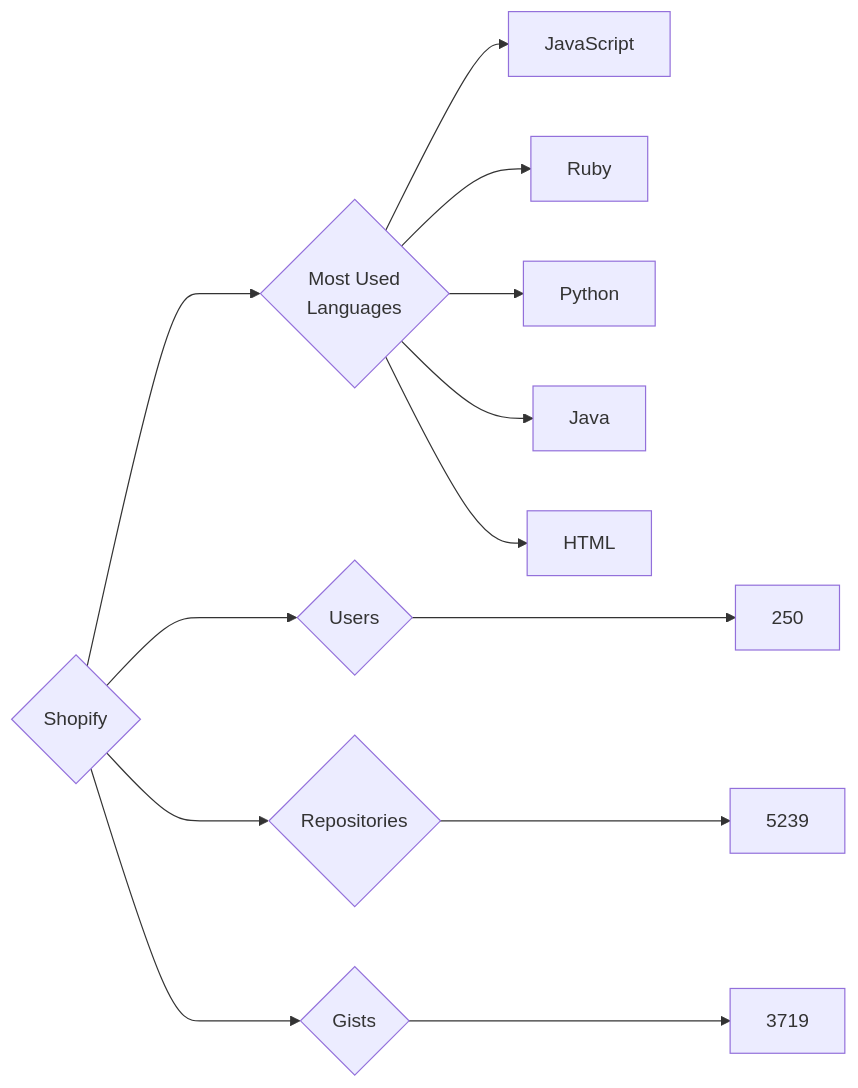
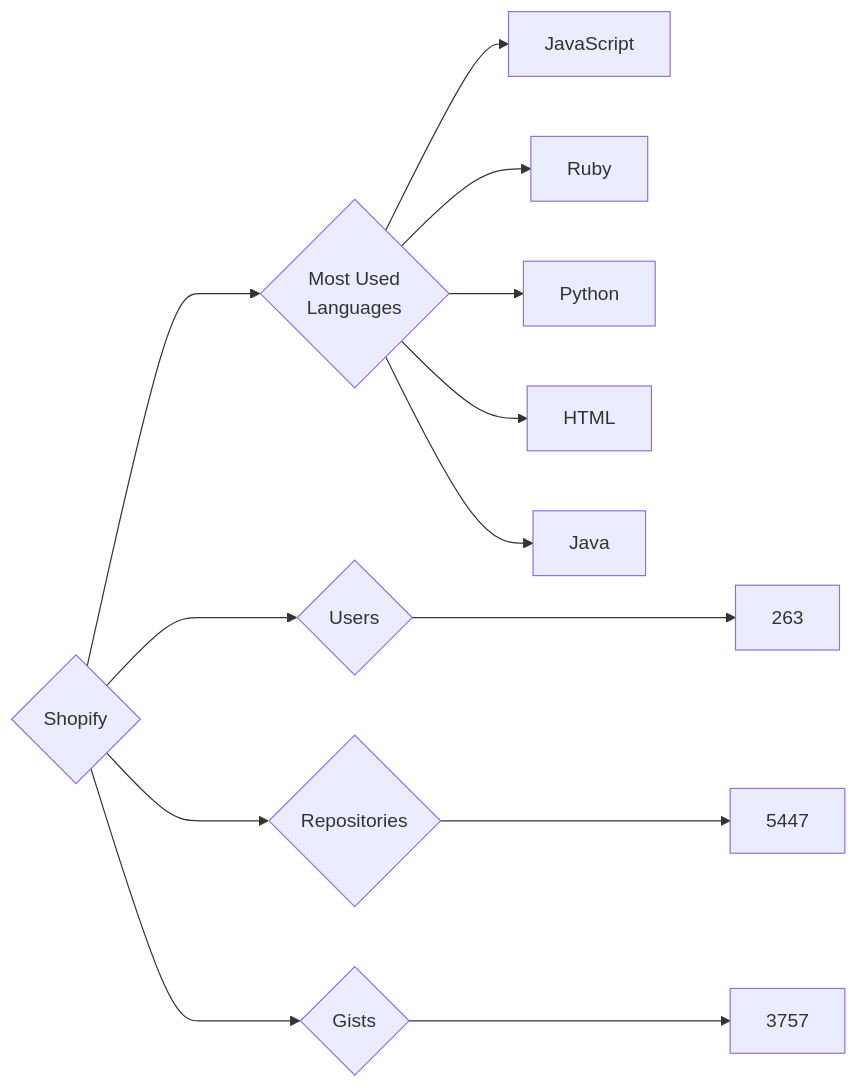
Before and after one commit to trickest/insiders: the diagram in targets/Shopify/README.md, drawn with Mermaid. The commit also changed 955 other files, not shown here.

````diff
--- a/targets/Shopify/README.md
+++ b/targets/Shopify/README.md
@@ -3,13 +3,13 @@
 ```mermaid
 graph LR
 COMPANY_NAME{Shopify}
-COMPANY_NAME ---> U{Users} ---> UN[250]
-COMPANY_NAME ---> R{Repositories} ---> RN[5239]
-COMPANY_NAME ---> G{Gists} ---> GN[3719]
+COMPANY_NAME ---> U{Users} ---> UN[263]
+COMPANY_NAME ---> R{Repositories} ---> RN[5447]
+COMPANY_NAME ---> G{Gists} ---> GN[3757]
 COMPANY_NAME ---> ML{Most Used<br>Languages}
 ML --> JavaScript[JavaScript]
 ML --> Ruby[Ruby]
 ML --> Python[Python]
+ML --> HTML[HTML]
 ML --> Java[Java]
-ML --> HTML[HTML]
 ```
````
